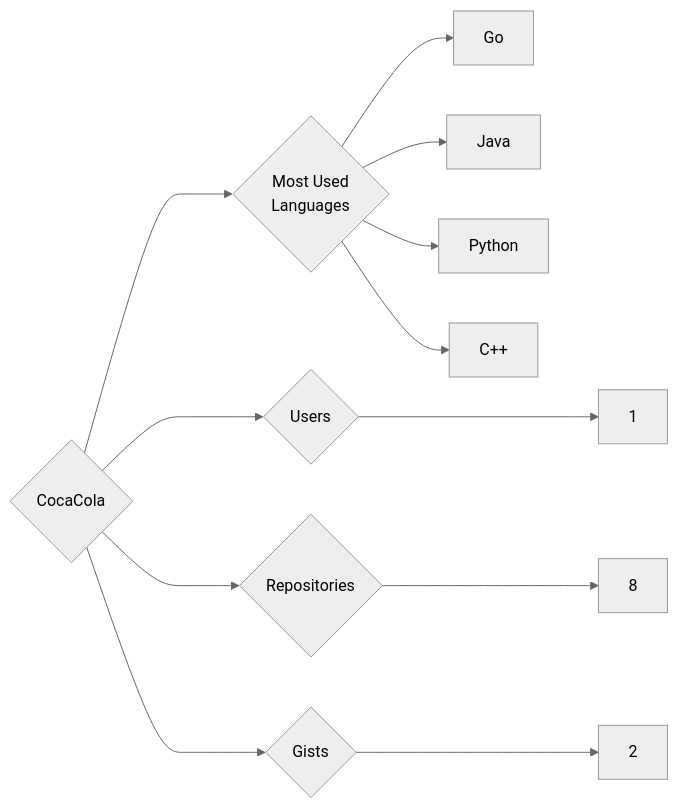
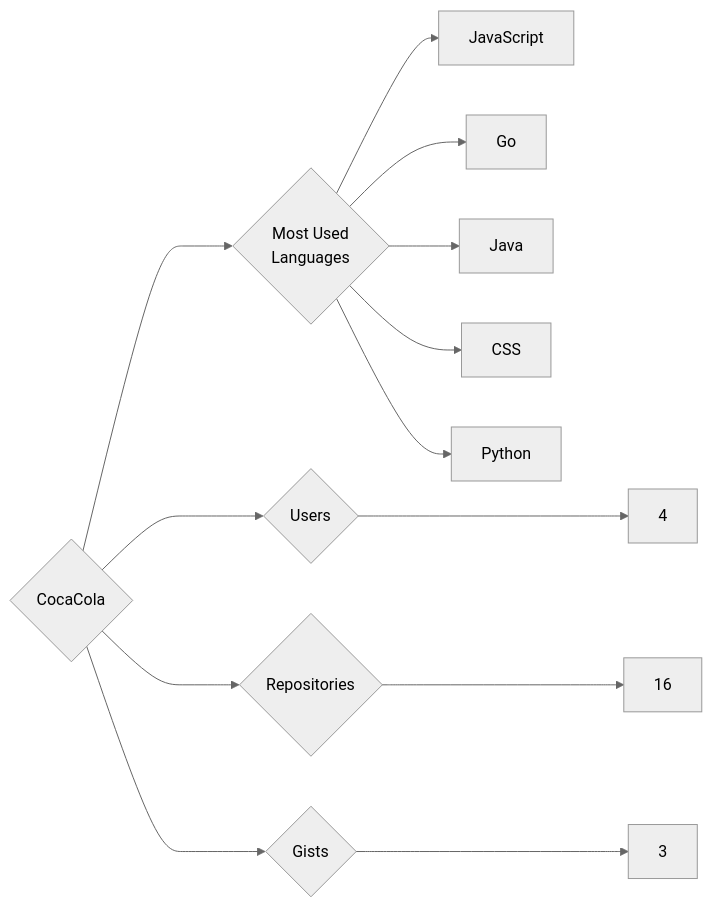
Before and after one commit to trickest/insiders: the diagram in targets/CocaCola/README.md, drawn with Mermaid (neutral theme). The commit also changed 859 other files, not shown here.

````diff
--- a/targets/CocaCola/README.md
+++ b/targets/CocaCola/README.md
@@ -3,12 +3,13 @@
 ```mermaid
 graph LR
 COMPANY_NAME{CocaCola}
-COMPANY_NAME ---> U{Users} ---> UN[1]
-COMPANY_NAME ---> R{Repositories} ---> RN[8]
-COMPANY_NAME ---> G{Gists} ---> GN[2]
+COMPANY_NAME ---> U{Users} ---> UN[4]
+COMPANY_NAME ---> R{Repositories} ---> RN[16]
+COMPANY_NAME ---> G{Gists} ---> GN[3]
 COMPANY_NAME ---> ML{Most Used<br>Languages}
+ML --> JavaScript[JavaScript]
 ML --> Go[Go]
 ML --> Java[Java]
+ML --> CSS[CSS]
 ML --> Python[Python]
-ML --> C++[C++]
 ```
````
